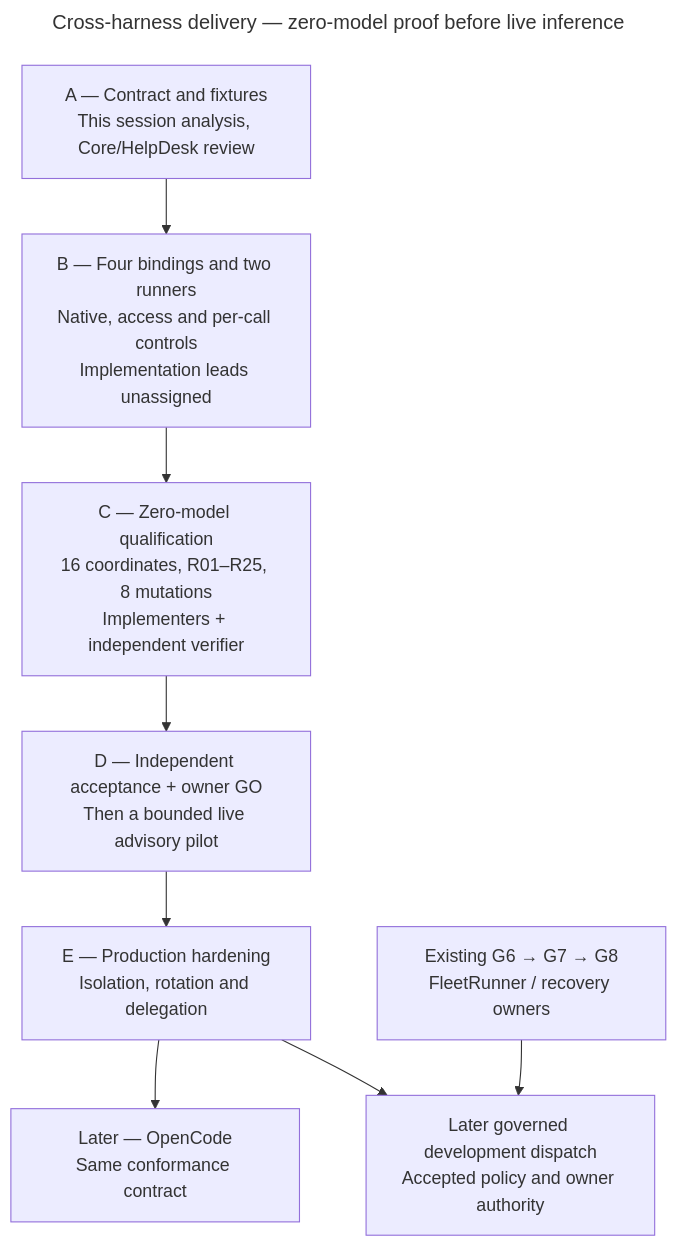
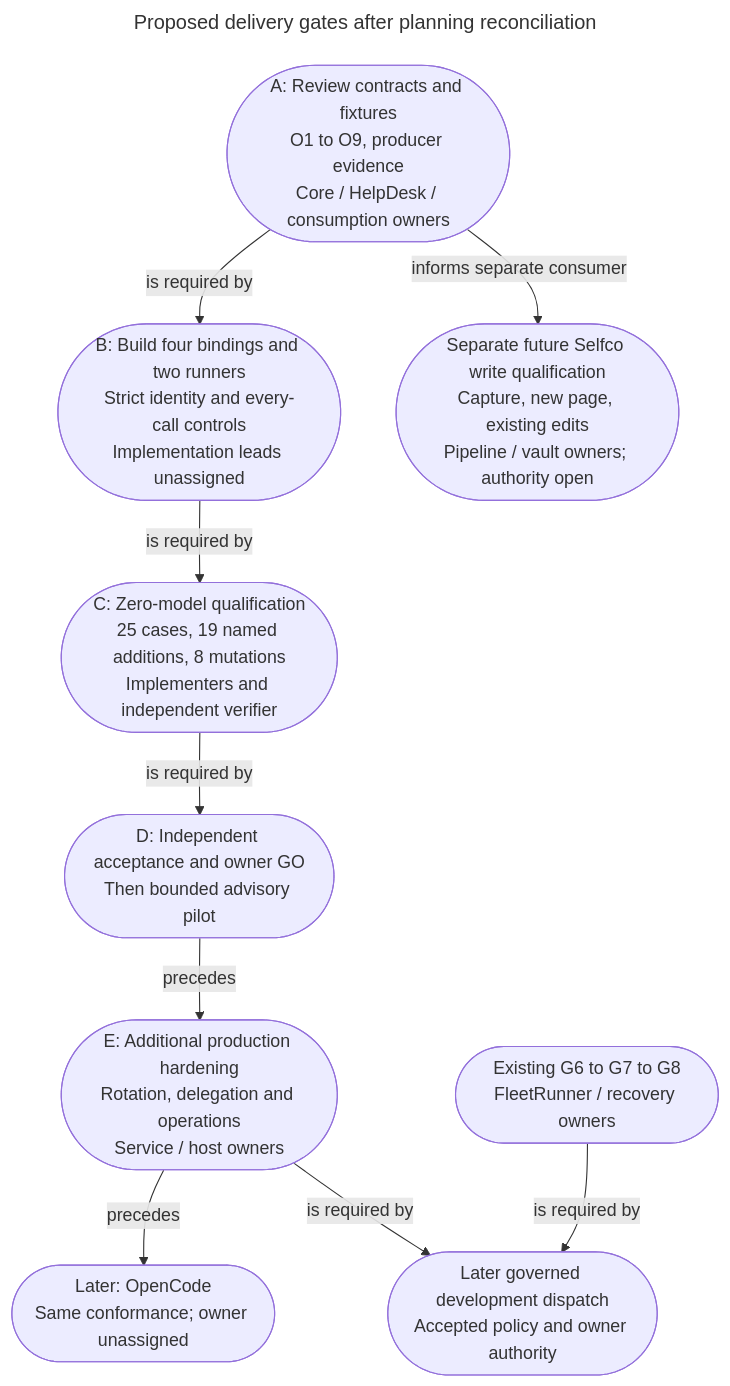
The diagram in decisions/fleet-runner/cross-harness-routing/diagrams/phases.mmd (ojfbot/core), drawn with Mermaid before and after one commit. The commit also changed 11 other files, not shown here.

Commit message:
docs(fleet-runner): reconcile routing contracts and proof gates

```diff
--- a/decisions/fleet-runner/cross-harness-routing/diagrams/phases.mmd
+++ b/decisions/fleet-runner/cross-harness-routing/diagrams/phases.mmd
@@ -1,21 +1,23 @@
 ---
-title: Cross-harness delivery — zero-model proof before live inference
+title: Proposed delivery gates after planning reconciliation
 ---
 flowchart TB
-  accTitle: Proposed delivery dependencies and owner boundaries
-  accDescr: Contracts and controls precede the full zero-model qualification, independent acceptance and owner authorization. OpenCode and governed development acceptance come later.
-  A["A — Contract and fixtures<br/>This session analysis, Core/HelpDesk review"]
-  B["B — Four bindings and two runners<br/>Native, access and per-call controls<br/>Implementation leads unassigned"]
-  C["C — Zero-model qualification<br/>16 coordinates, R01–R25, 8 mutations<br/>Implementers + independent verifier"]
-  D["D — Independent acceptance + owner GO<br/>Then a bounded live advisory pilot"]
-  E["E — Production hardening<br/>Isolation, rotation and delegation"]
-  O["Later — OpenCode<br/>Same conformance contract"]
-  S["Existing G6 → G7 → G8<br/>FleetRunner / recovery owners"]
-  F["Later governed development dispatch<br/>Accepted policy and owner authority"]
-  A --> B
-  B --> C
-  C --> D
-  D --> E
-  E --> O
-  E --> F
-  S --> F
+  accTitle: Reconciled contract and proof gates with separate consumer qualification
+  accDescr: Owner-reviewed contracts precede native controls and zero-model qualification. The bounded advisory pilot needs independent acceptance and a separate GO. Wiki writes are a separate future consumer qualification. Existing service gates remain unchanged.
+  A(["A: Review contracts and fixtures<br/>O1 to O9, producer evidence<br/>Core / HelpDesk / consumption owners"])
+  B(["B: Build four bindings and two runners<br/>Strict identity and every-call controls<br/>Implementation leads unassigned"])
+  C(["C: Zero-model qualification<br/>25 cases, 19 named additions, 8 mutations<br/>Implementers and independent verifier"])
+  D(["D: Independent acceptance and owner GO<br/>Then bounded advisory pilot"])
+  E(["E: Additional production hardening<br/>Rotation, delegation and operations<br/>Service / host owners"])
+  K(["Separate future Selfco write qualification<br/>Capture, new page, existing edits<br/>Pipeline / vault owners; authority open"])
+  O(["Later: OpenCode<br/>Same conformance; owner unassigned"])
+  S(["Existing G6 to G7 to G8<br/>FleetRunner / recovery owners"])
+  F(["Later governed development dispatch<br/>Accepted policy and owner authority"])
+  A -->|"is required by"| B
+  B -->|"is required by"| C
+  C -->|"is required by"| D
+  D -->|"precedes"| E
+  A -->|"informs separate consumer"| K
+  E -->|"precedes"| O
+  E -->|"is required by"| F
+  S -->|"is required by"| F
```
